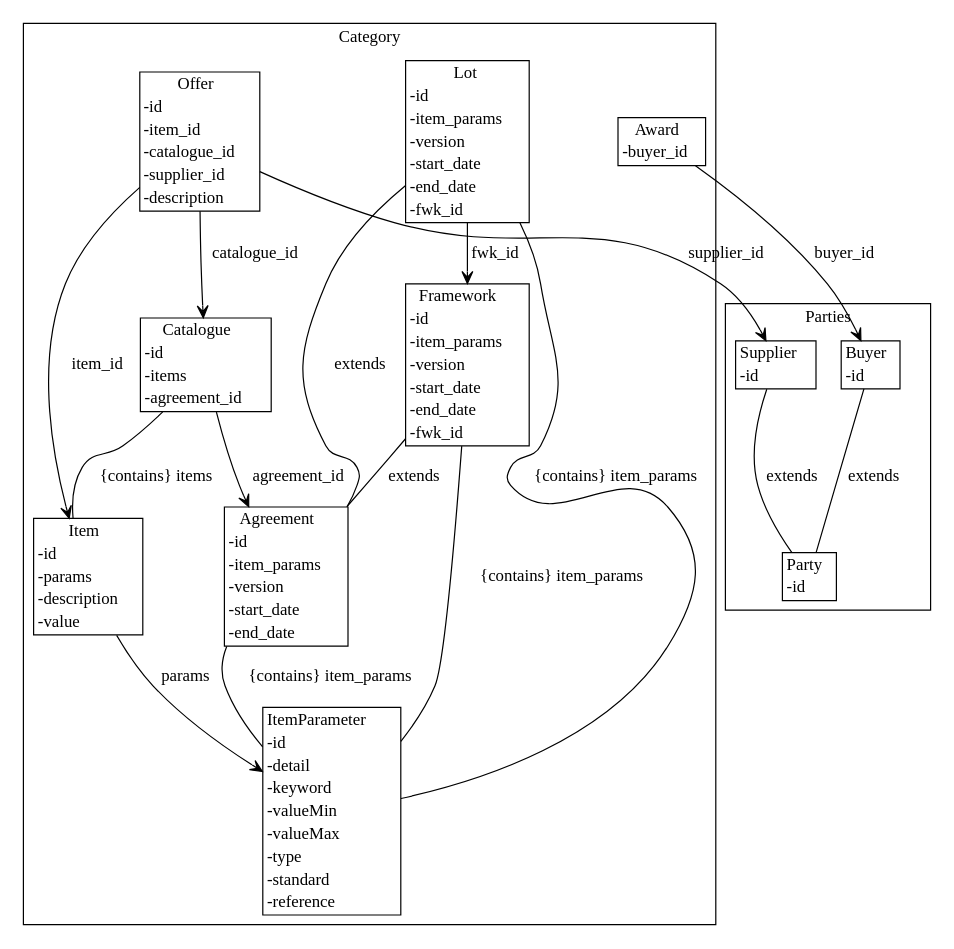
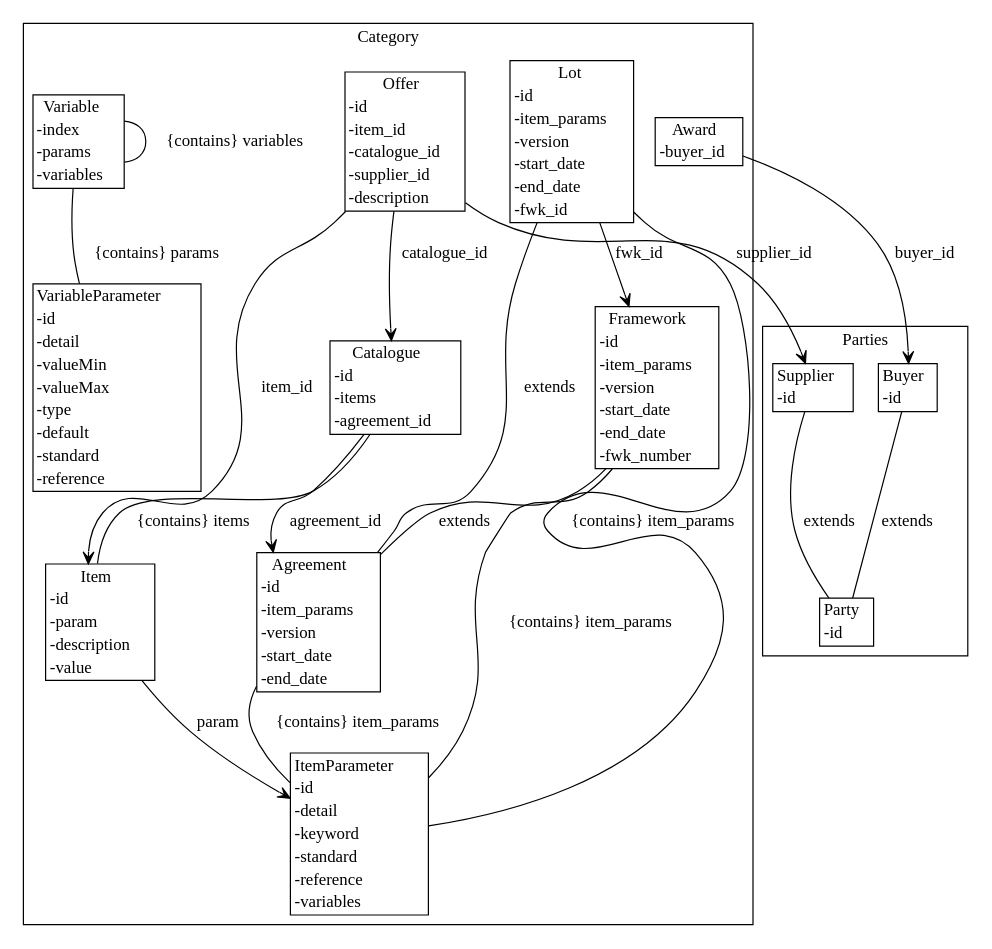
One commit to Crown-Commercial-Service/cmp-design-prototype changed the diagram in agreement-design/gen/diagrams/data_model.dot. Above: the diagram before and after it, drawn with Graphviz. The commit also changed 6 other files, not shown here.

```diff
--- a/agreement-design/gen/diagrams/data_model.dot
+++ b/agreement-design/gen/diagrams/data_model.dot
@@ -1,36 +1,40 @@
 strict digraph {
 subgraph cluster_Category {
 node [shape=plaintext margin=0];
 label=Category;
-"ItemParameter" [label=<<table BORDER="1" CELLBORDER="0" CELLSPACING="0"><TH><TD>ItemParameter</TD></TH><TR><TD ALIGN="LEFT">-id</TD></TR><TR><TD ALIGN="LEFT">-detail</TD></TR><TR><TD ALIGN="LEFT">-keyword</TD></TR><TR><TD ALIGN="LEFT">-valueMin</TD></TR><TR><TD ALIGN="LEFT">-valueMax</TD></TR><TR><TD ALIGN="LEFT">-type</TD></TR><TR><TD ALIGN="LEFT">-standard</TD></TR><TR><TD ALIGN="LEFT">-reference</TD></TR></table>>];
+"VariableParameter" [label=<<table BORDER="1" CELLBORDER="0" CELLSPACING="0"><TH><TD>VariableParameter</TD></TH><TR><TD ALIGN="LEFT">-id</TD></TR><TR><TD ALIGN="LEFT">-detail</TD></TR><TR><TD ALIGN="LEFT">-valueMin</TD></TR><TR><TD ALIGN="LEFT">-valueMax</TD></TR><TR><TD ALIGN="LEFT">-type</TD></TR><TR><TD ALIGN="LEFT">-default</TD></TR><TR><TD ALIGN="LEFT">-standard</TD></TR><TR><TD ALIGN="LEFT">-reference</TD></TR></table>>];
+"ItemParameter" [label=<<table BORDER="1" CELLBORDER="0" CELLSPACING="0"><TH><TD>ItemParameter</TD></TH><TR><TD ALIGN="LEFT">-id</TD></TR><TR><TD ALIGN="LEFT">-detail</TD></TR><TR><TD ALIGN="LEFT">-keyword</TD></TR><TR><TD ALIGN="LEFT">-standard</TD></TR><TR><TD ALIGN="LEFT">-reference</TD></TR><TR><TD ALIGN="LEFT">-variables</TD></TR></table>>];
 "Agreement" [label=<<table BORDER="1" CELLBORDER="0" CELLSPACING="0"><TH><TD>Agreement</TD></TH><TR><TD ALIGN="LEFT">-id</TD></TR><TR><TD ALIGN="LEFT">-item_params</TD></TR><TR><TD ALIGN="LEFT">-version</TD></TR><TR><TD ALIGN="LEFT">-start_date</TD></TR><TR><TD ALIGN="LEFT">-end_date</TD></TR></table>>];
-"Framework" [label=<<table BORDER="1" CELLBORDER="0" CELLSPACING="0"><TH><TD>Framework</TD></TH><TR><TD ALIGN="LEFT">-id</TD></TR><TR><TD ALIGN="LEFT">-item_params</TD></TR><TR><TD ALIGN="LEFT">-version</TD></TR><TR><TD ALIGN="LEFT">-start_date</TD></TR><TR><TD ALIGN="LEFT">-end_date</TD></TR><TR><TD ALIGN="LEFT">-fwk_id</TD></TR></table>>];
+"Framework" [label=<<table BORDER="1" CELLBORDER="0" CELLSPACING="0"><TH><TD>Framework</TD></TH><TR><TD ALIGN="LEFT">-id</TD></TR><TR><TD ALIGN="LEFT">-item_params</TD></TR><TR><TD ALIGN="LEFT">-version</TD></TR><TR><TD ALIGN="LEFT">-start_date</TD></TR><TR><TD ALIGN="LEFT">-end_date</TD></TR><TR><TD ALIGN="LEFT">-fwk_number</TD></TR></table>>];
 "Lot" [label=<<table BORDER="1" CELLBORDER="0" CELLSPACING="0"><TH><TD>Lot</TD></TH><TR><TD ALIGN="LEFT">-id</TD></TR><TR><TD ALIGN="LEFT">-item_params</TD></TR><TR><TD ALIGN="LEFT">-version</TD></TR><TR><TD ALIGN="LEFT">-start_date</TD></TR><TR><TD ALIGN="LEFT">-end_date</TD></TR><TR><TD ALIGN="LEFT">-fwk_id</TD></TR></table>>];
-"Item" [label=<<table BORDER="1" CELLBORDER="0" CELLSPACING="0"><TH><TD>Item</TD></TH><TR><TD ALIGN="LEFT">-id</TD></TR><TR><TD ALIGN="LEFT">-params</TD></TR><TR><TD ALIGN="LEFT">-description</TD></TR><TR><TD ALIGN="LEFT">-value</TD></TR></table>>];
+"Variable" [label=<<table BORDER="1" CELLBORDER="0" CELLSPACING="0"><TH><TD>Variable</TD></TH><TR><TD ALIGN="LEFT">-index</TD></TR><TR><TD ALIGN="LEFT">-params</TD></TR><TR><TD ALIGN="LEFT">-variables</TD></TR></table>>];
+"Item" [label=<<table BORDER="1" CELLBORDER="0" CELLSPACING="0"><TH><TD>Item</TD></TH><TR><TD ALIGN="LEFT">-id</TD></TR><TR><TD ALIGN="LEFT">-param</TD></TR><TR><TD ALIGN="LEFT">-description</TD></TR><TR><TD ALIGN="LEFT">-value</TD></TR></table>>];
 "Catalogue" [label=<<table BORDER="1" CELLBORDER="0" CELLSPACING="0"><TH><TD>Catalogue</TD></TH><TR><TD ALIGN="LEFT">-id</TD></TR><TR><TD ALIGN="LEFT">-items</TD></TR><TR><TD ALIGN="LEFT">-agreement_id</TD></TR></table>>];
 "Offer" [label=<<table BORDER="1" CELLBORDER="0" CELLSPACING="0"><TH><TD>Offer</TD></TH><TR><TD ALIGN="LEFT">-id</TD></TR><TR><TD ALIGN="LEFT">-item_id</TD></TR><TR><TD ALIGN="LEFT">-catalogue_id</TD></TR><TR><TD ALIGN="LEFT">-supplier_id</TD></TR><TR><TD ALIGN="LEFT">-description</TD></TR></table>>];
 "Award" [label=<<table BORDER="1" CELLBORDER="0" CELLSPACING="0"><TH><TD>Award</TD></TH><TR><TD ALIGN="LEFT">-buyer_id</TD></TR></table>>];
 }
 subgraph cluster_Parties {
 node [shape=plaintext margin=0];
 label=Parties;
 "Party" [label=<<table BORDER="1" CELLBORDER="0" CELLSPACING="0"><TH><TD>Party</TD></TH><TR><TD ALIGN="LEFT">-id</TD></TR></table>>];
 "Supplier" [label=<<table BORDER="1" CELLBORDER="0" CELLSPACING="0"><TH><TD>Supplier</TD></TH><TR><TD ALIGN="LEFT">-id</TD></TR></table>>];
 "Buyer" [label=<<table BORDER="1" CELLBORDER="0" CELLSPACING="0"><TH><TD>Buyer</TD></TH><TR><TD ALIGN="LEFT">-id</TD></TR></table>>];
 }
 "Agreement" -> "ItemParameter" [label="{contains} item_params" arrowhead = "none" arrowtail = "diamond" ];
 "Framework" -> "Agreement" [label="extends" arrowhead = "none" arrowtail = "normal" ];
 "Framework" -> "ItemParameter" [label="{contains} item_params" arrowhead = "none" arrowtail = "diamond" ];
 "Lot" -> "Agreement" [label="extends" arrowhead = "none" arrowtail = "normal" ];
 "Lot" -> "ItemParameter" [label="{contains} item_params" arrowhead = "none" arrowtail = "diamond" ];
 "Lot" -> "Framework" [label="fwk_id" arrowhead = "open" arrowtail = "none" ];
-"Item" -> "ItemParameter" [label="params" arrowhead = "open" arrowtail = "none" ];
+"Variable" -> "VariableParameter" [label="{contains} params" arrowhead = "none" arrowtail = "diamond" ];
+"Variable" -> "Variable" [label="{contains} variables" arrowhead = "none" arrowtail = "diamond" ];
+"Item" -> "ItemParameter" [label="param" arrowhead = "open" arrowtail = "none" ];
 "Catalogue" -> "Item" [label="{contains} items" arrowhead = "none" arrowtail = "diamond" ];
 "Catalogue" -> "Agreement" [label="agreement_id" arrowhead = "open" arrowtail = "none" ];
 "Offer" -> "Item" [label="item_id" arrowhead = "open" arrowtail = "none" ];
 "Offer" -> "Catalogue" [label="catalogue_id" arrowhead = "open" arrowtail = "none" ];
 "Offer" -> "Supplier" [label="supplier_id" arrowhead = "open" arrowtail = "none" ];
 "Award" -> "Buyer" [label="buyer_id" arrowhead = "open" arrowtail = "none" ];
 "Supplier" -> "Party" [label="extends" arrowhead = "none" arrowtail = "normal" ];
 "Buyer" -> "Party" [label="extends" arrowhead = "none" arrowtail = "normal" ];
 }
```
